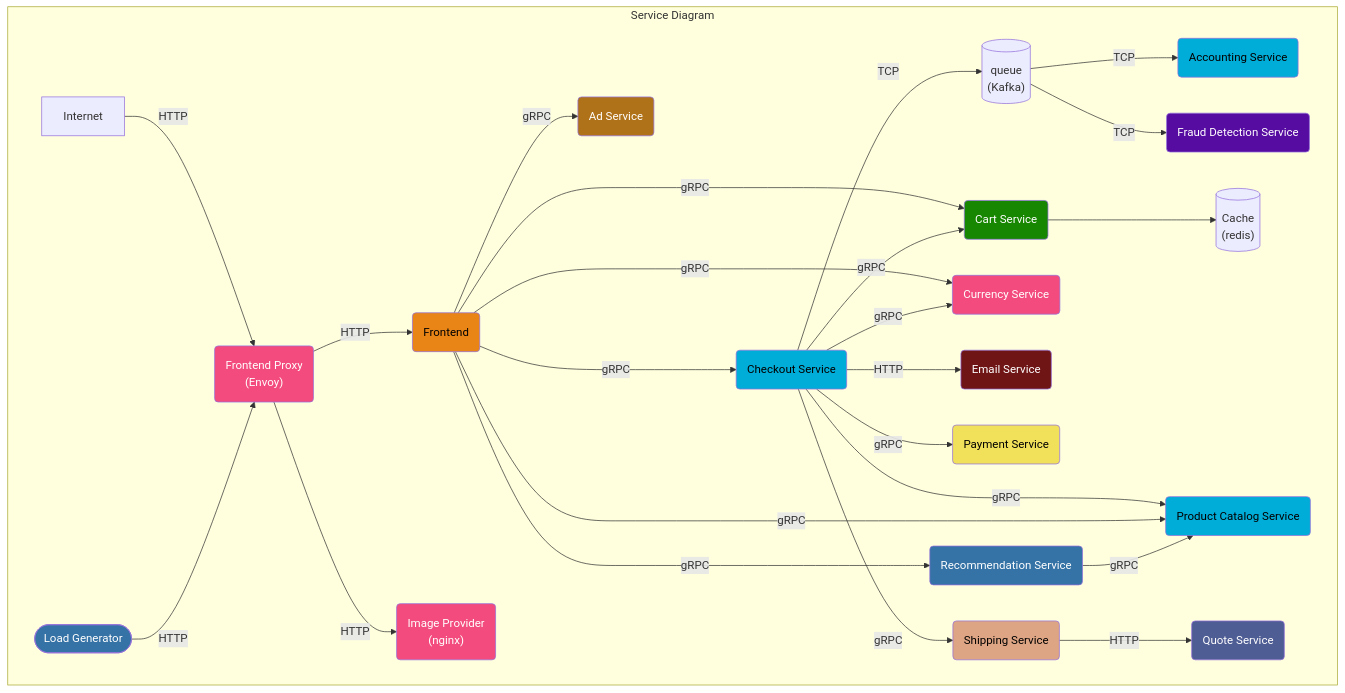
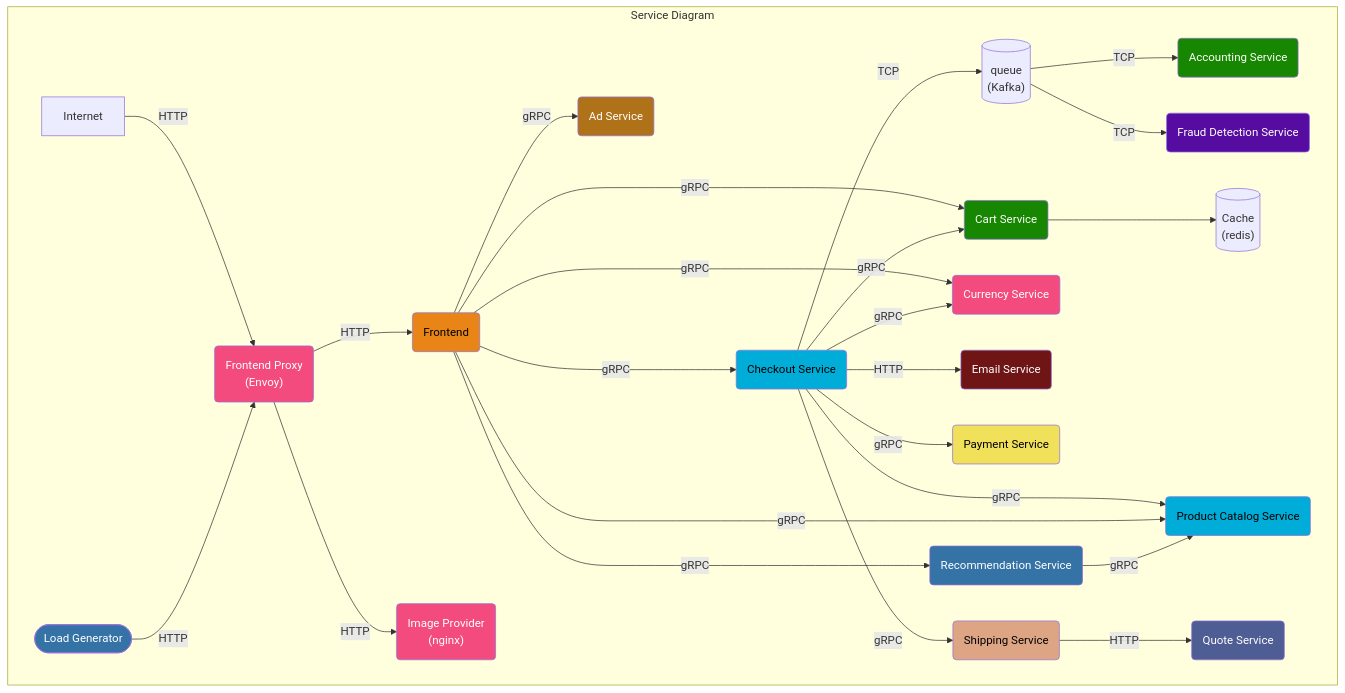
Before and after one commit to open-telemetry/opentelemetry.io: the first of 3 diagrams in content/en/docs/demo/architecture.md, drawn with Mermaid. The commit also changed 4 other files, not shown here.

````diff
--- a/content/en/docs/demo/architecture.md
+++ b/content/en/docs/demo/architecture.md
@@ -12,63 +12,63 @@
 ```mermaid
 graph TD
 subgraph Service Diagram
-accountingservice(Accounting Service):::golang
+accountingservice(Accounting Service):::dotnet
 adservice(Ad Service):::java
 cache[(Cache<br/>&#40redis&#41)]
 cartservice(Cart Service):::dotnet
 checkoutservice(Checkout Service):::golang
 currencyservice(Currency Service):::cpp
 emailservice(Email Service):::ruby
 frauddetectionservice(Fraud Detection Service):::kotlin
 frontend(Frontend):::typescript
 frontendproxy(Frontend Proxy <br/>&#40Envoy&#41):::cpp
 imageprovider(Image Provider <br/>&#40nginx&#41):::cpp
 loadgenerator([Load Generator]):::python
 paymentservice(Payment Service):::javascript
 productcatalogservice(Product Catalog Service):::golang
 quoteservice(Quote Service):::php
 recommendationservice(Recommendation Service):::python
 shippingservice(Shipping Service):::rust
 queue[(queue<br/>&#40Kafka&#41)]
 
 Internet -->|HTTP| frontendproxy
 frontendproxy -->|HTTP| frontend
 loadgenerator -->|HTTP| frontendproxy
 frontendproxy -->|HTTP| imageprovider
 
 queue -->|TCP| accountingservice
 queue -->|TCP| frauddetectionservice
 
 frontend -->|gRPC| cartservice
 frontend -->|gRPC| currencyservice
 
 checkoutservice -->|gRPC| cartservice --> cache
 checkoutservice -->|gRPC| productcatalogservice
 checkoutservice -->|gRPC| currencyservice
 checkoutservice -->|HTTP| emailservice
 checkoutservice -->|gRPC| paymentservice
 checkoutservice -->|gRPC| shippingservice
 checkoutservice -->|TCP| queue
 
 frontend -->|gRPC| adservice
 frontend -->|gRPC| productcatalogservice
 frontend --->|gRPC| checkoutservice
 frontend ---->|gRPC| recommendationservice -->|gRPC| productcatalogservice
 
 shippingservice -->|HTTP| quoteservice
 
 end
 
 classDef dotnet fill:#178600,color:white;
 classDef cpp fill:#f34b7d,color:white;
 classDef erlang fill:#b83998,color:white;
 classDef golang fill:#00add8,color:black;
 classDef java fill:#b07219,color:white;
 classDef javascript fill:#f1e05a,color:black;
 classDef kotlin fill:#560ba1,color:white;
 classDef php fill:#4f5d95,color:white;
 classDef python fill:#3572A5,color:white;
 classDef ruby fill:#701516,color:white;
 classDef rust fill:#dea584,color:black;
 classDef typescript fill:#e98516,color:black;
 ```
````
